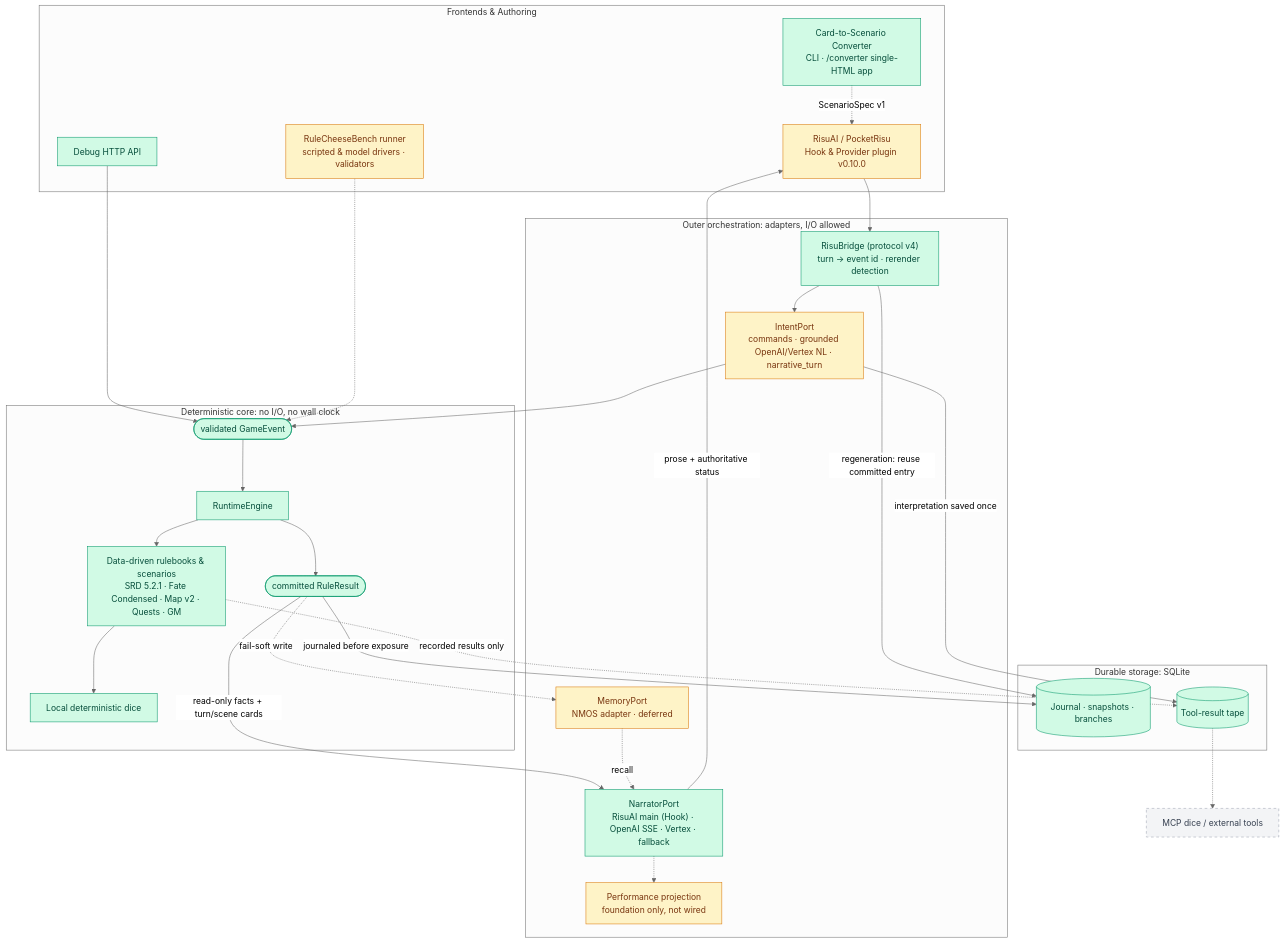
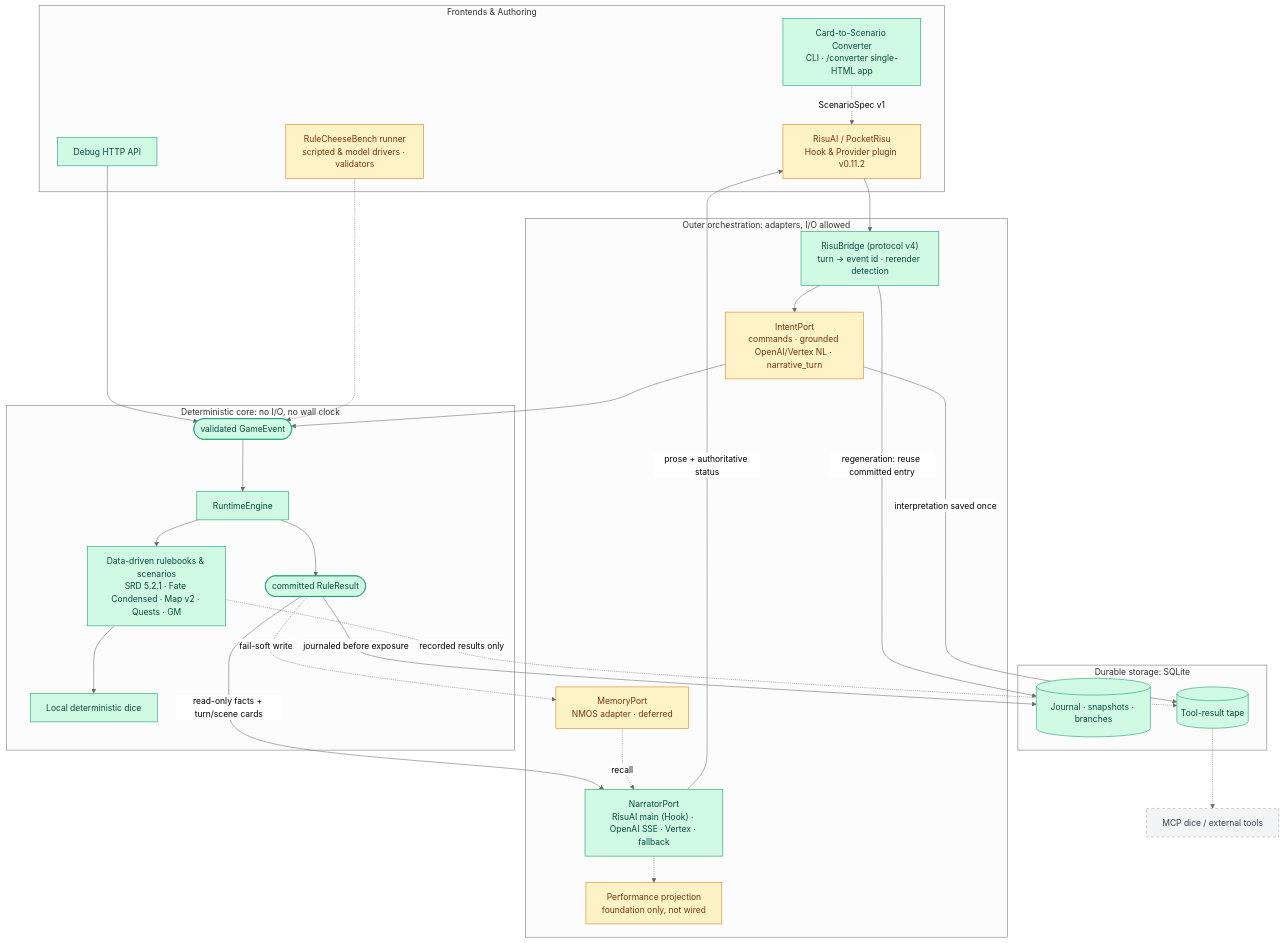
Before and after one commit to Sallos725/SAGA: the first of 2 diagrams in README.md, drawn with Mermaid (neutral theme). The commit also changed other lines of this file and 11 other files, not shown here.

````diff
--- a/README.md
+++ b/README.md
@@ -40,53 +42,53 @@
 ```mermaid
 flowchart TD
     subgraph FE["Frontends & Authoring"]
-        risu["RisuAI / PocketRisu<br/>Hook & Provider plugin v0.10.0"]:::partial
+        risu["RisuAI / PocketRisu<br/>Hook & Provider plugin v0.11.2"]:::partial
         conv["Card-to-Scenario Converter<br/>CLI · /converter single-HTML app"]:::done
         http["Debug HTTP API"]:::done
         bench["RuleCheeseBench runner<br/>scripted & model drivers · validators"]:::partial
     end
 
     subgraph OUT["Outer orchestration: adapters, I/O allowed"]
         bridge["RisuBridge (protocol v4)<br/>turn → event id · rerender detection"]:::done
         intent["IntentPort<br/>commands · grounded OpenAI/Vertex NL · narrative_turn"]:::partial
         narr["NarratorPort<br/>RisuAI main (Hook) · OpenAI SSE · Vertex · fallback"]:::done
         mem["MemoryPort<br/>NMOS adapter · deferred"]:::partial
         perf["Performance projection<br/>foundation only, not wired"]:::partial
     end
 
     subgraph CORE["Deterministic core: no I/O, no wall clock"]
         event(["validated GameEvent"]):::done
         engine["RuntimeEngine"]:::done
         rules["Data-driven rulebooks & scenarios<br/>SRD 5.2.1 · Fate Condensed · Map v2 · Quests · GM"]:::done
         dice["Local deterministic dice"]:::done
         result(["committed RuleResult"]):::done
     end
 
     subgraph STORE["Durable storage: SQLite"]
         journal[("Journal · snapshots · branches")]:::done
         tape[("Tool-result tape")]:::done
     end
 
     mcp["MCP dice / external tools"]:::planned
 
     conv -. "ScenarioSpec v1" .-> risu
     risu --> bridge --> intent --> event
     http --> event
     bench -.-> event
     event --> engine --> rules --> dice
     engine --> result
     result -- "journaled before exposure" --> journal
     intent -- "interpretation saved once" --> tape
     rules -. "recorded results only" .-> tape
     tape -.-> mcp
     bridge -- "regeneration: reuse committed entry" --> journal
     result -- "read-only facts + turn/scene cards" --> narr
     narr -- "prose + authoritative status" --> risu
     result -. "fail-soft write" .-> mem
     mem -. "recall" .-> narr
     narr -.-> perf
 
     classDef done fill:#d1fae5,stroke:#059669,color:#064e3b
     classDef partial fill:#fef3c7,stroke:#d97706,color:#78350f
     classDef planned fill:#f3f4f6,stroke:#9ca3af,color:#374151,stroke-dasharray: 5 5
 ```
````
